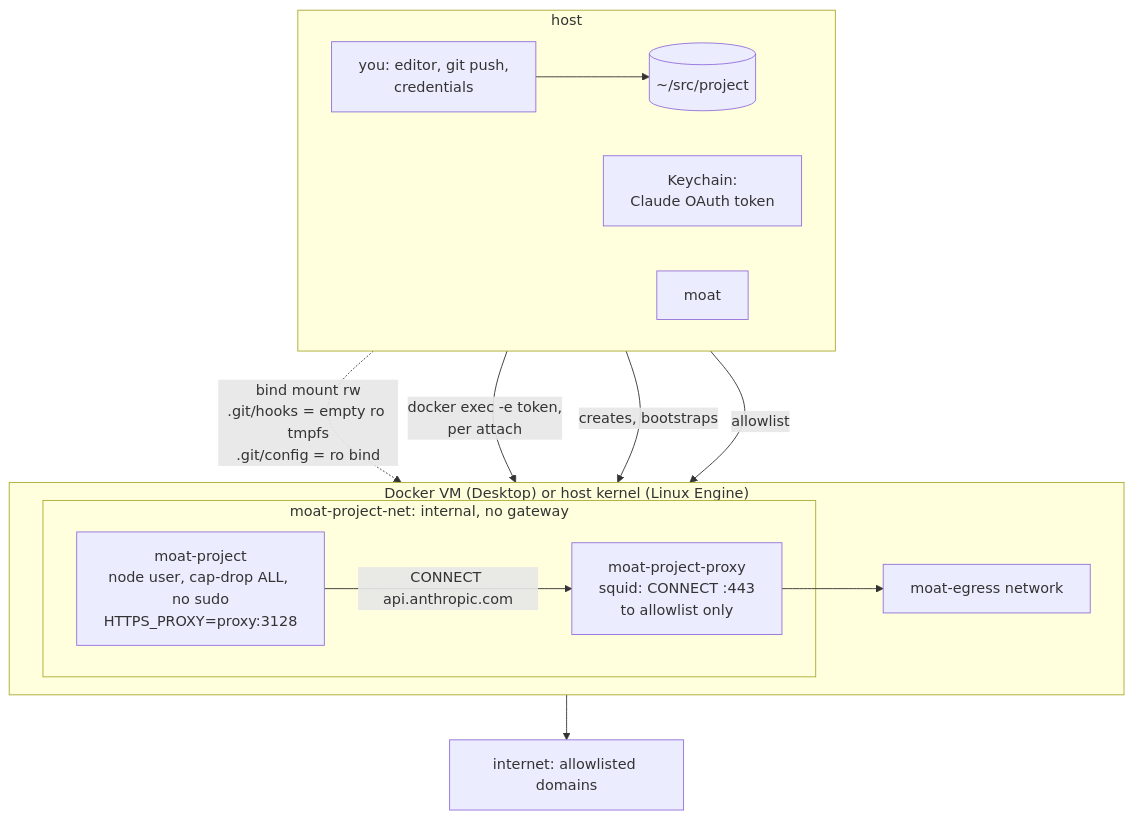
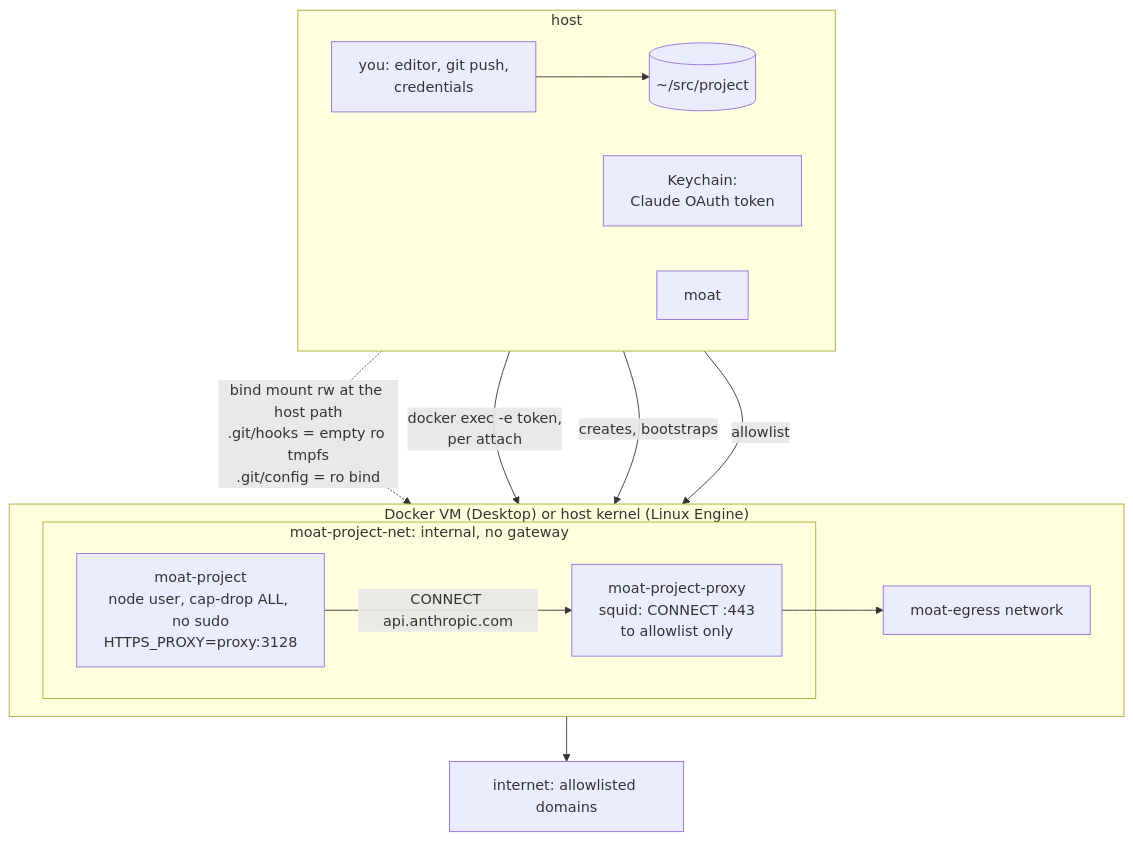
The first of 7 diagrams in ARCHITECTURE.md (marhaasa/eredo), drawn with Mermaid before and after one commit. The commit also changed 4 other files, not shown here.

Commit message:
mount repos at their host paths so Claude's cwd matches the host

````diff
--- a/ARCHITECTURE.md
+++ b/ARCHITECTURE.md
@@ -19,26 +19,26 @@
 ```mermaid
 flowchart TB
   subgraph host["host"]
     direction LR
     you["you: editor, git push,<br/>credentials"]
     repo[("~/src/project")]
     kc["Keychain:<br/>Claude OAuth token"]
     script["moat"]
     you --> repo
   end
   subgraph vm["Docker VM (Desktop) or host kernel (Linux Engine)"]
     direction LR
     subgraph inet["moat-project-net: internal, no gateway"]
       sbx["moat-project<br/>node user, cap-drop ALL, no sudo<br/>HTTPS_PROXY=proxy:3128"]
       px["moat-project-proxy<br/>squid: CONNECT :443<br/>to allowlist only"]
     end
     egress["moat-egress network"]
     sbx -- "CONNECT api.anthropic.com" --> px --> egress
   end
   net["internet: allowlisted domains"]
-  repo -. "bind mount rw<br/>.git/hooks = empty ro tmpfs<br/>.git/config = ro bind" .-> sbx
+  repo -. "bind mount rw at the host path<br/>.git/hooks = empty ro tmpfs<br/>.git/config = ro bind" .-> sbx
   kc -- "docker exec -e token,<br/>per attach" --> sbx
   script -- "creates, bootstraps" --> sbx
   script -- "allowlist" --> px
   egress --> net
 ```
````
